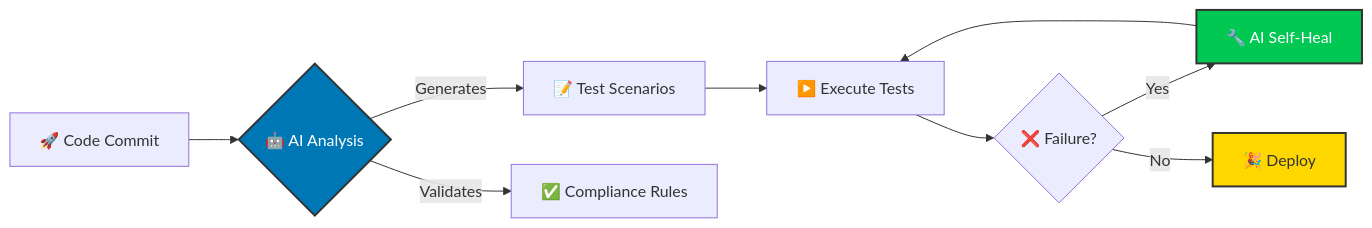
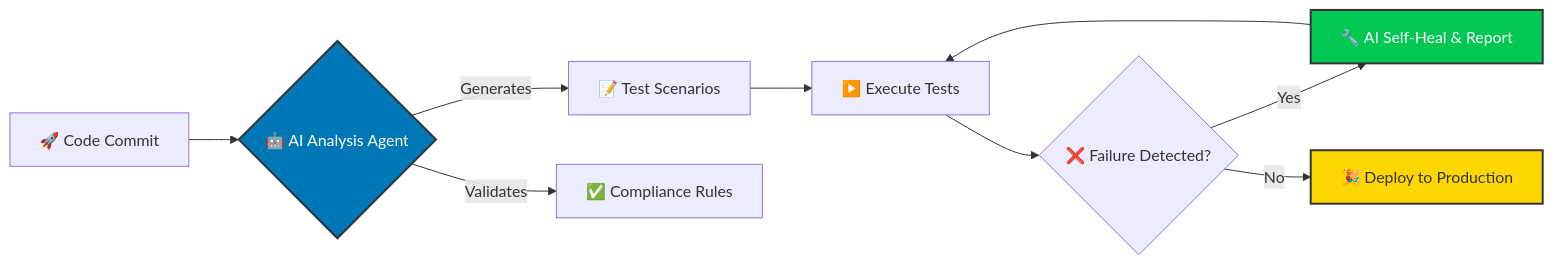
Before and after one commit to darshil0/darshil0: the diagram in README.md, drawn with Mermaid. The commit also changed other lines of this file, not shown here.

````diff
--- a/README.md
+++ b/README.md
@@ -207,15 +135,15 @@
 ```mermaid
 graph LR
-    A[🚀 Code Commit] --> B{🤖 AI Analysis}
-    B -->|Generates| C[📝 Test Scenarios]
-    B -->|Validates| D[✅ Compliance Rules]
-    C --> E[▶️ Execute Tests]
-    E --> F{❌ Failure?}
-    F -->|Yes| G[🔧 AI Self-Heal]
-    G --> E
-    F -->|No| H[🎉 Deploy]
-    
-    style B fill:#0077B5,stroke:#333,stroke-width:2px,color:#fff
-    style G fill:#00C853,stroke:#333,stroke-width:2px,color:#fff
-    style H fill:#FFD700,stroke:#333,stroke-width:2px,color:#333
+    A[🚀 Code Commit] --> B{🤖 AI Analysis Agent}
+    B -->|Generates| C[📝 Test Scenarios]
+    B -->|Validates| D[✅ Compliance Rules]
+    C --> E[▶️ Execute Tests]
+    E --> F{❌ Failure Detected?}
+    F -->|Yes| G[🔧 AI Self-Heal & Report]
+    G --> E
+    F -->|No| H[🎉 Deploy to Production]
+    
+    style B fill:#0077B5,stroke:#333,stroke-width:2px,color:#fff
+    style G fill:#00C853,stroke:#333,stroke-width:2px,color:#fff
+    style H fill:#FFD700,stroke:#333,stroke-width:2px,color:#333
 ```
````
